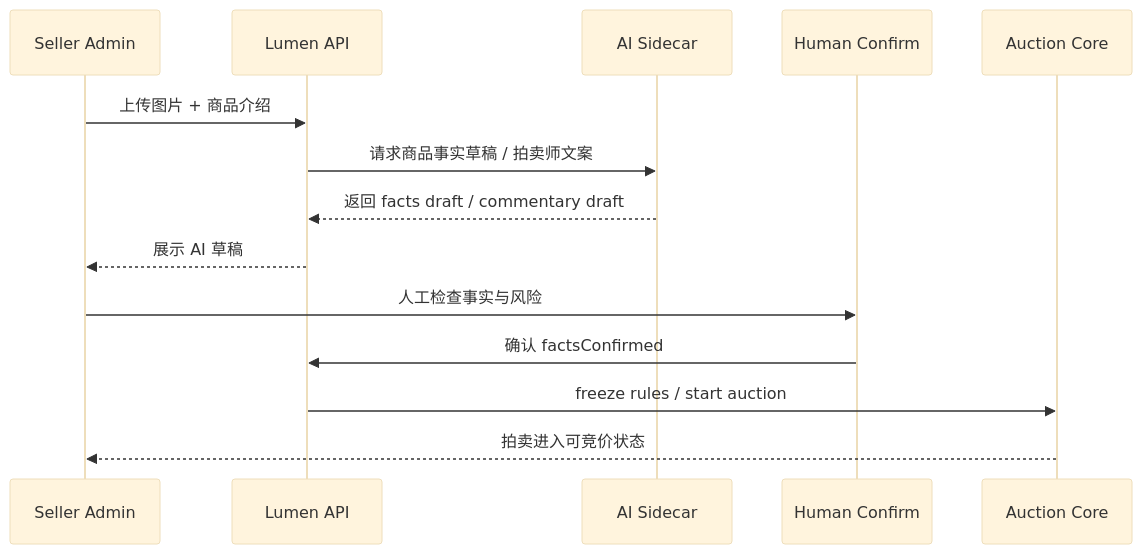
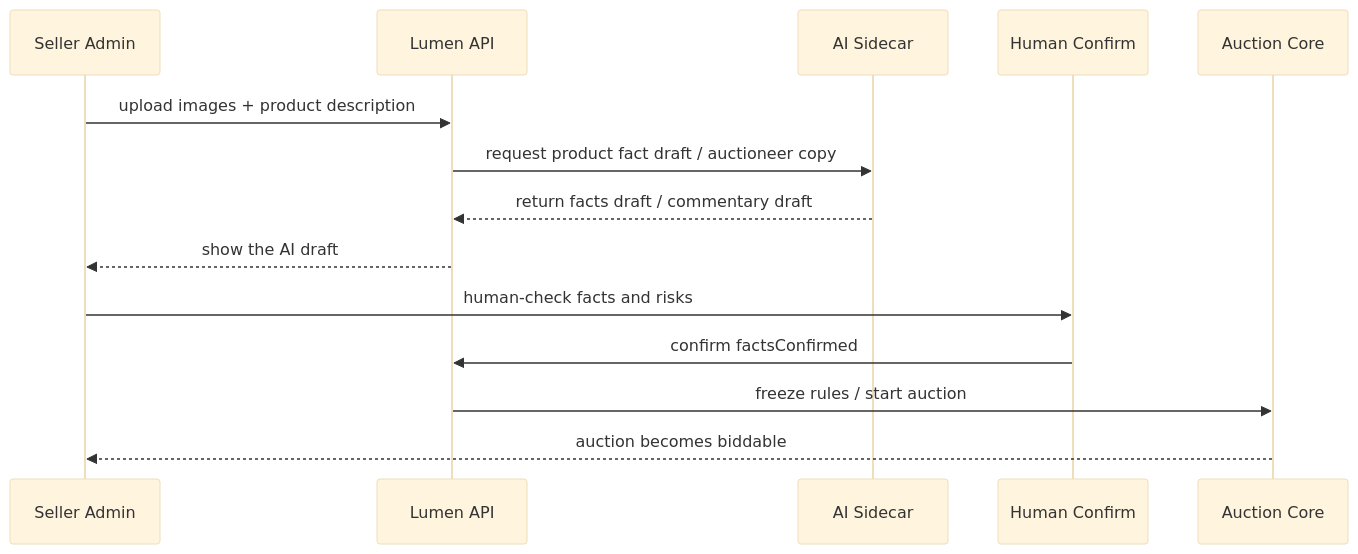
Before and after one commit to Eliaaazzz/live-auction-system: the second of 2 diagrams in docs/demo/submission-pack.md, drawn with Mermaid (base theme). The commit also changed other lines of this file and 59 other files, not shown here.

````diff
--- a/docs/demo/submission-pack.md
+++ b/docs/demo/submission-pack.md
@@ -288,17 +288,17 @@
 ```mermaid
 sequenceDiagram
   participant Seller as Seller Admin
   participant API as Lumen API
   participant AI as AI Sidecar
   participant Human as Human Confirm
   participant Core as Auction Core
 
-  Seller->>API: 上传图片 + 商品介绍
-  API->>AI: 请求商品事实草稿 / 拍卖师文案
-  AI-->>API: 返回 facts draft / commentary draft
-  API-->>Seller: 展示 AI 草稿
-  Seller->>Human: 人工检查事实与风险
-  Human->>API: 确认 factsConfirmed
+  Seller->>API: upload images + product description
+  API->>AI: request product fact draft / auctioneer copy
+  AI-->>API: return facts draft / commentary draft
+  API-->>Seller: show the AI draft
+  Seller->>Human: human-check facts and risks
+  Human->>API: confirm factsConfirmed
   API->>Core: freeze rules / start auction
-  Core-->>Seller: 拍卖进入可竞价状态
+  Core-->>Seller: auction becomes biddable
 ```
````
